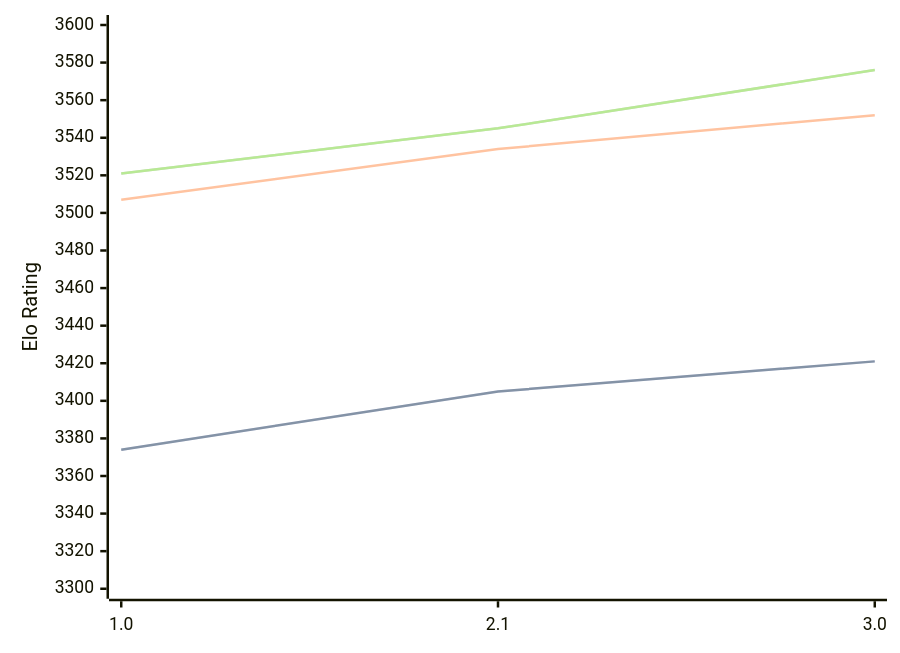
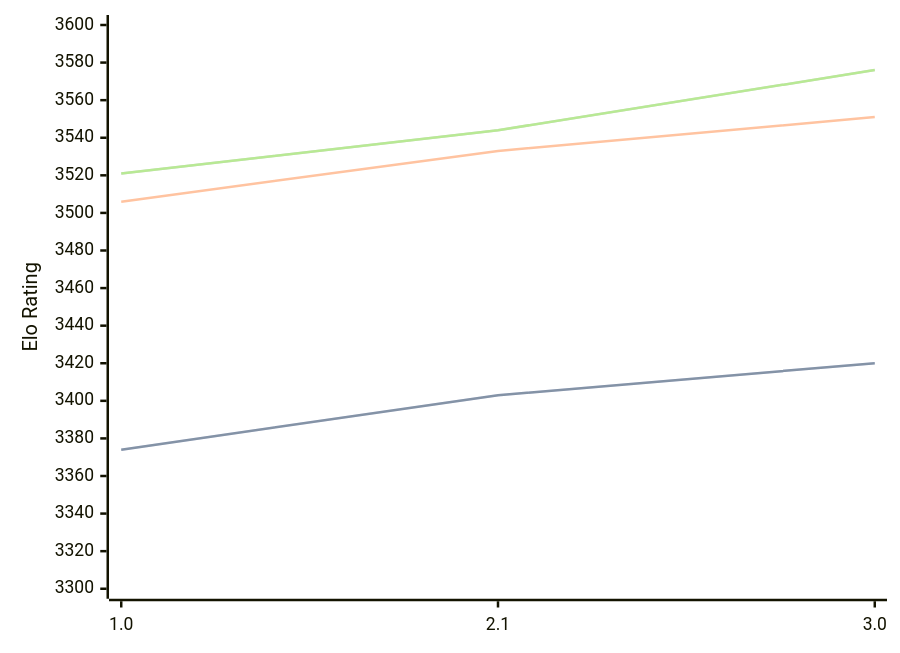
Before and after one commit to computer-chess-index/cci: the diagram in engines/Hobbes.md, drawn with Mermaid. The commit also changed other lines of this file, not shown here.

Commit message:
Update CCI Ratings (ELO VLTC) - 2026-09-01

````diff
--- a/engines/Hobbes.md
+++ b/engines/Hobbes.md
@@ -33,11 +33,11 @@
 ```mermaid
 %%{init: {"theme":"base","themeVariables":{"seriesColors:['#a3a3a3','#222221','#faa371']}}}%%
 xychart-beta
   x-axis ["1.0", "2.1", "3.0"]
   y-axis "Elo Rating" 3300 --> 3600
-  line "" [3374, 3405, 3421]
-  line "STC (8.0+0.08s)" [3374, 3405, 3421]
-  line "LTC (60.0+0.60s)" [3507, 3534, 3552]
-  line "" [3521, 3545, 3576]
-  line "VLTC (2m24s+1.12s)" [3521, 3545, 3576]
+  line "" [3374, 3403, 3420]
+  line "STC (8.0+0.08s)" [3374, 3403, 3420]
+  line "LTC (60.0+0.60s)" [3506, 3533, 3551]
+  line "" [3521, 3544, 3576]
+  line "VLTC (2m24s+1.12s)" [3521, 3544, 3576]
 ```
````
